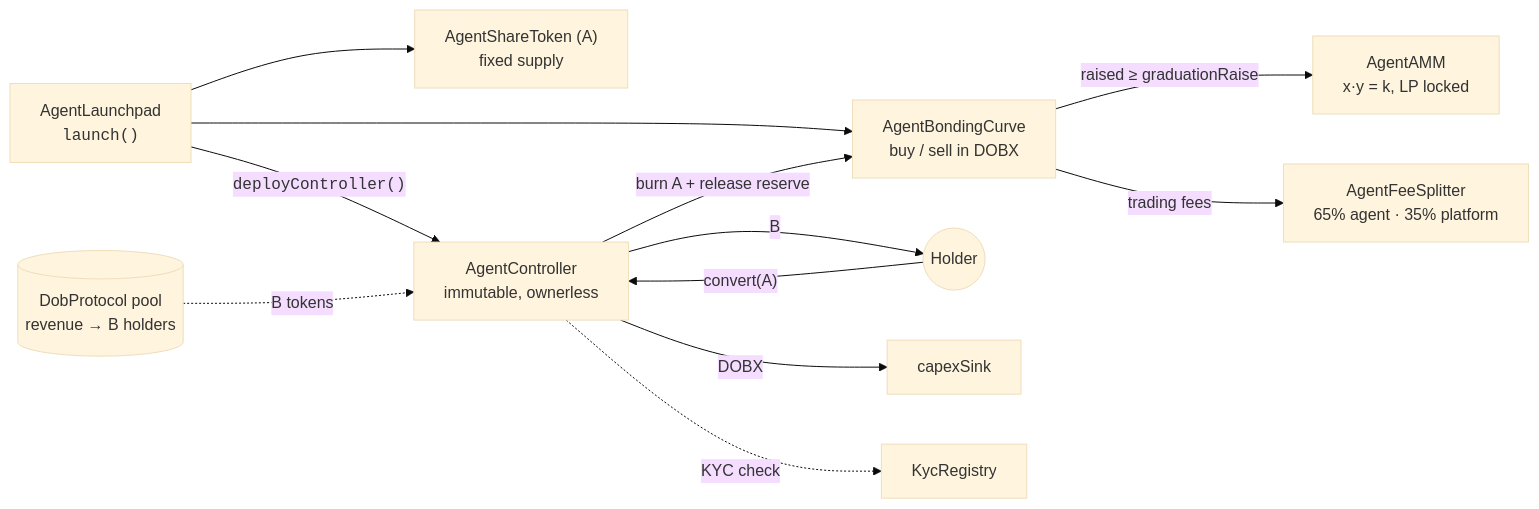
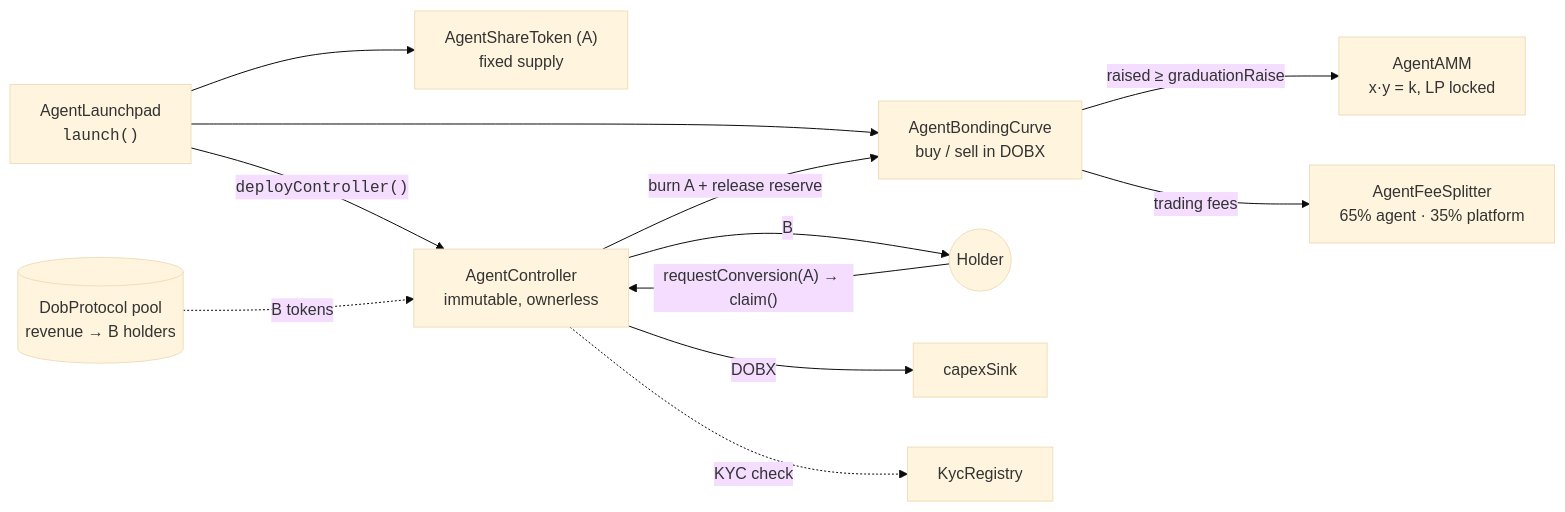
The diagram in README.md (opcastil11/conductors-contracts), drawn with Mermaid (base theme) before and after one commit. The commit also changed 10 other files, not shown here.

````diff
--- a/README.md
+++ b/README.md
@@ -50,15 +50,15 @@
 ```mermaid
 flowchart LR
     L["AgentLaunchpad<br/><code>launch()</code>"] --> T["AgentShareToken (A)<br/>fixed supply"]
     L --> C["AgentBondingCurve<br/>buy / sell in DOBX"]
     C -- "raised ≥ graduationRaise" --> M["AgentAMM<br/>x·y = k, LP locked"]
     C -- "trading fees" --> F["AgentFeeSplitter<br/>65% agent · 35% platform"]
 
     L -- "<code>deployController()</code>" --> K["AgentController<br/>immutable, ownerless"]
-    H(("Holder")) -- "convert(A)" --> K
+    H(("Holder")) -- "requestConversion(A) → claim()" --> K
     K -- "burn A + release reserve" --> C
     K -- "DOBX" --> X["capexSink"]
     K -- "B" --> H
     K -. "KYC check" .-> R["KycRegistry"]
     P[("DobProtocol pool<br/>revenue → B holders")] -. "B tokens" .-> K
 ```
````
